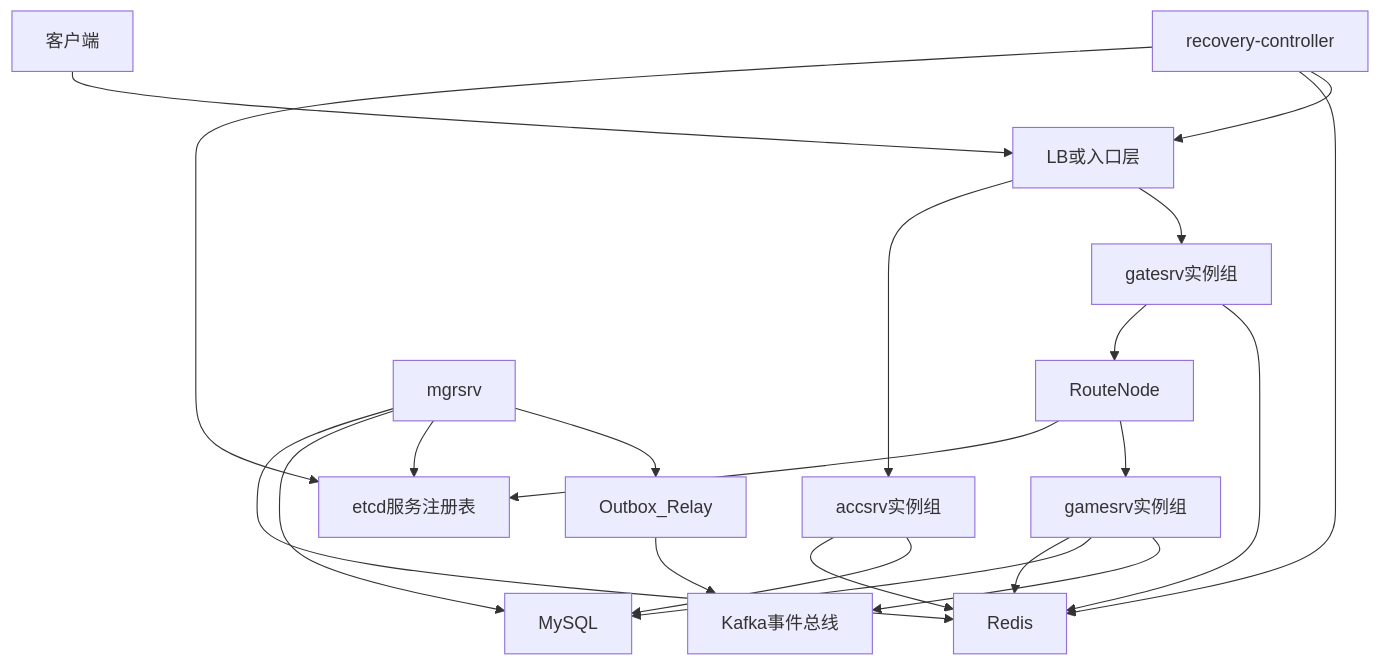
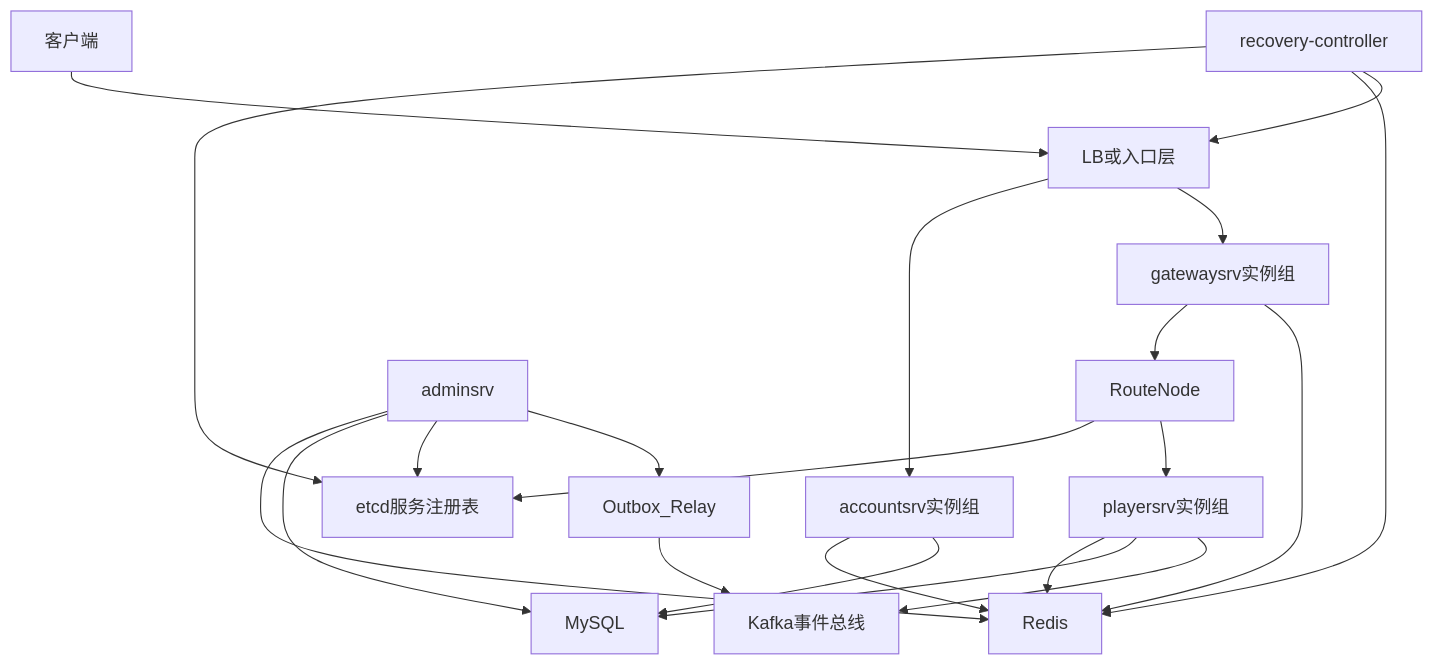
The first of 4 diagrams in docs/deployment-plan.md (zhanglei19960726/globalmail), drawn with Mermaid before and after one commit. The commit also changed other lines of this file and 114 other files, not shown here.

````diff
--- a/docs/deployment-plan.md
+++ b/docs/deployment-plan.md
@@ -48,27 +48,27 @@
 ```mermaid
 flowchart TD
     client[客户端] --> lb[LB或入口层]
-    lb --> acc[accsrv实例组]
-    lb --> gate[gatesrv实例组]
+    lb --> acc[accountsrv实例组]
+    lb --> gate[gatewaysrv实例组]
 
     gate --> router[RouteNode]
     router --> etcd[etcd服务注册表]
-    router --> game[gamesrv实例组]
+    router --> game[playersrv实例组]
 
     acc --> redis[Redis]
     gate --> redis
     game --> redis
 
     acc --> mysql[MySQL]
     game --> mysql
-    mgr[mgrsrv] --> redis
+    mgr[adminsrv] --> redis
     mgr --> mysql
     mgr --> etcd
     mgr --> outbox[Outbox_Relay]
     outbox --> kafka[Kafka事件总线]
     game --> kafka
 
     recovery[recovery-controller] --> etcd
     recovery --> redis
     recovery --> lb
 ```
````
